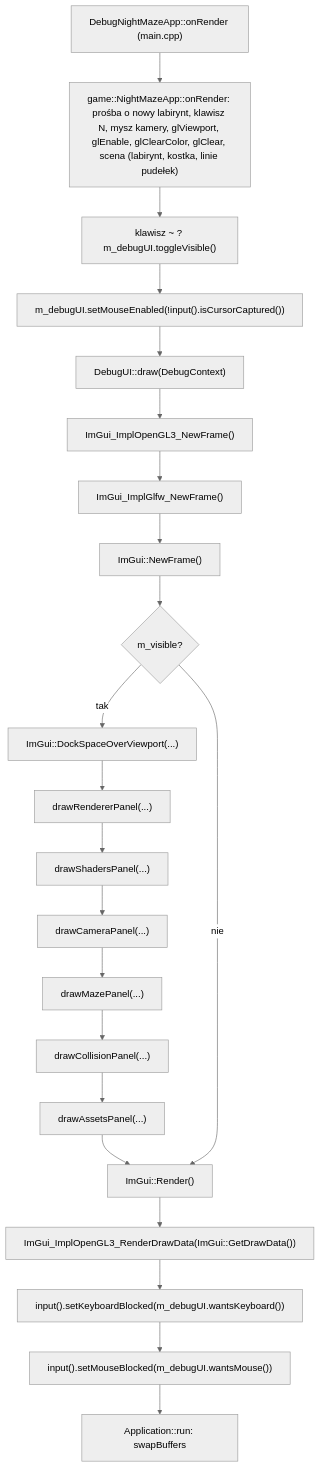
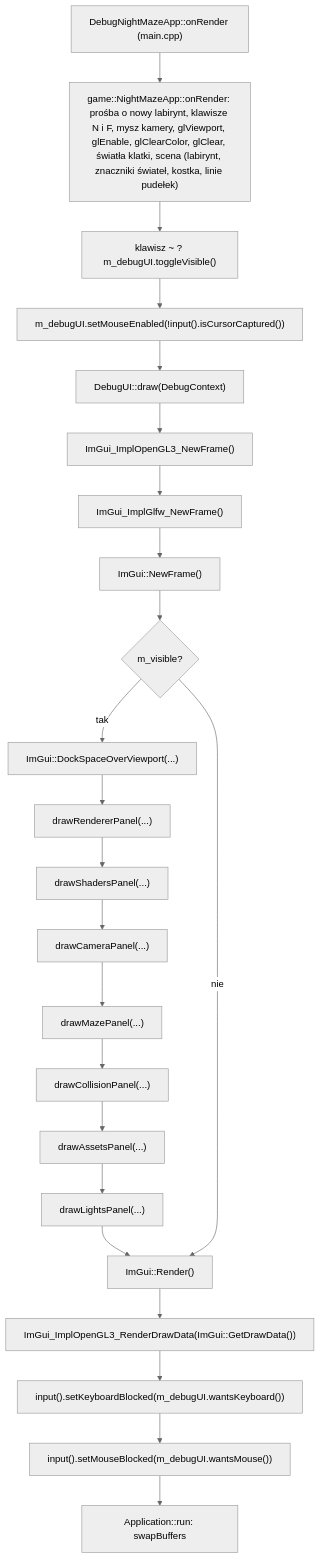
The first of 2 diagrams in docs/modules/debug-ui.md (Shironex/night-maze), drawn with Mermaid (neutral theme) before and after one commit. The commit also changed other lines of this file and 52 other files, not shown here.

First line of the commit message:
feat(game): light the maze with moon, flashlight and point lights

````diff
--- a/docs/modules/debug-ui.md
+++ b/docs/modules/debug-ui.md
@@ -24,24 +24,25 @@
 ```mermaid
 flowchart TD
-    A["DebugNightMazeApp::onRender (main.cpp)"] --> B["game::NightMazeApp::onRender: prośba o nowy labirynt, klawisz N, mysz kamery, glViewport, glEnable, glClearColor, glClear, scena (labirynt, kostka, linie pudełek)"]
+    A["DebugNightMazeApp::onRender (main.cpp)"] --> B["game::NightMazeApp::onRender: prośba o nowy labirynt, klawisze N i F, mysz kamery, glViewport, glEnable, glClearColor, glClear, światła klatki, scena (labirynt, znaczniki świateł, kostka, linie pudełek)"]
     B --> T["klawisz ~ ? m_debugUI.toggleVisible()"]
     T --> ME["m_debugUI.setMouseEnabled(!input().isCursorCaptured())"]
     ME --> C["DebugUI::draw(DebugContext)"]
     C --> D["ImGui_ImplOpenGL3_NewFrame()"]
     D --> E["ImGui_ImplGlfw_NewFrame()"]
     E --> F["ImGui::NewFrame()"]
     F --> G{"m_visible?"}
     G -->|tak| H["ImGui::DockSpaceOverViewport(...)"]
     H --> I["drawRendererPanel(...)"]
     I --> S["drawShadersPanel(...)"]
     S --> CP["drawCameraPanel(...)"]
     CP --> MP["drawMazePanel(...)"]
     MP --> CO["drawCollisionPanel(...)"]
     CO --> AP["drawAssetsPanel(...)"]
-    AP --> J["ImGui::Render()"]
+    AP --> LP["drawLightsPanel(...)"]
+    LP --> J["ImGui::Render()"]
     G -->|nie| J
     J --> K["ImGui_ImplOpenGL3_RenderDrawData(ImGui::GetDrawData())"]
     K --> M["input().setKeyboardBlocked(m_debugUI.wantsKeyboard())"]
     M --> N["input().setMouseBlocked(m_debugUI.wantsMouse())"]
     N --> L["Application::run: swapBuffers"]
 ```
````
